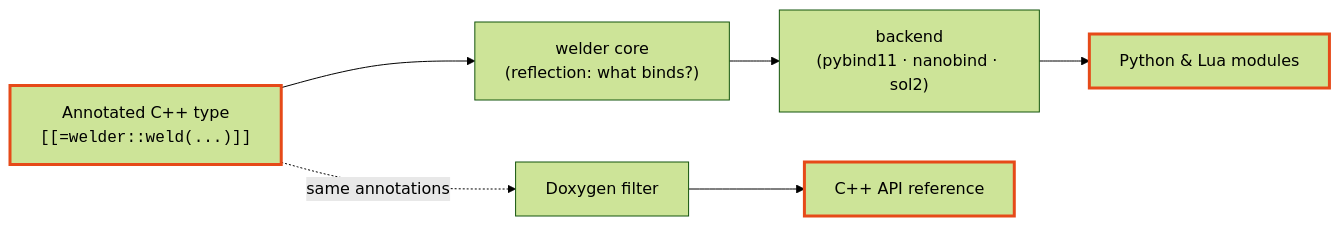
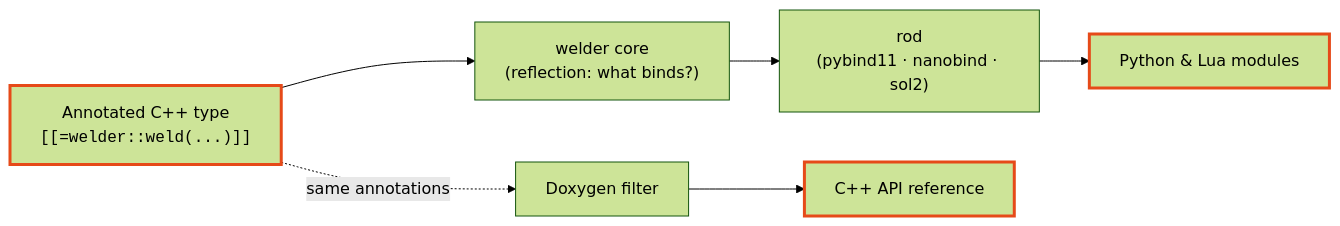
One commit to skarndev/welder changed the diagram in docs/content/index.md. Above: the diagram before and after it, drawn with Mermaid (forest theme). The commit also changed other lines of this file and 24 other files, not shown here.

````diff
--- a/docs/content/index.md
+++ b/docs/content/index.md
@@ -91,11 +92,11 @@
 ```mermaid
 flowchart LR
     A["Annotated C++ type<br/><code>[[=welder::weld(...)]]</code>"] --> B["welder core<br/>(reflection: what binds?)"]
-    B --> C["backend<br/>(pybind11 · nanobind · sol2)"]
+    B --> C["rod<br/>(pybind11 · nanobind · sol2)"]
     C --> D["Python & Lua modules"]
     A -.same annotations.-> E["Doxygen filter"]
     E --> F["C++ API reference"]
     style A stroke:#e64a19,stroke-width:3px
     style D stroke:#e64a19,stroke-width:3px
     style F stroke:#e64a19,stroke-width:3px
 ```
````
